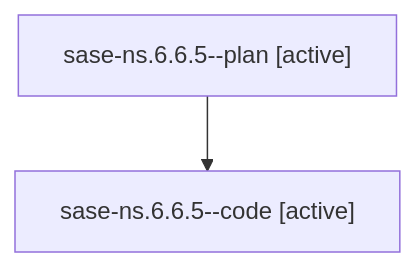
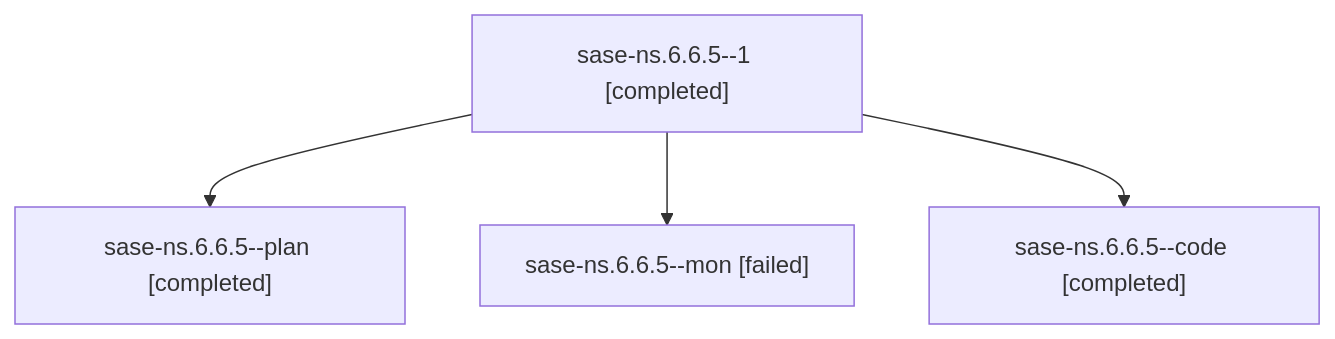
Before and after one commit to sase-org/sase--agents: the diagram in families/bbugyi200.athena.sase-ns.6.6.5.md, drawn with Mermaid. The commit also changed other lines of this file and 79 other files, not shown here.

````diff
--- a/families/bbugyi200.athena.sase-ns.6.6.5.md
+++ b/families/bbugyi200.athena.sase-ns.6.6.5.md
@@ -9,6 +9,10 @@
 ```mermaid
 flowchart TD
-  n0["sase-ns.6.6.5--plan [active]"]
-  n1["sase-ns.6.6.5--code [active]"]
+  n0["sase-ns.6.6.5--1 [completed]"]
+  n1["sase-ns.6.6.5--plan [completed]"]
   n0 --> n1
+  n2["sase-ns.6.6.5--mon [failed]"]
+  n0 --> n2
+  n3["sase-ns.6.6.5--code [completed]"]
+  n0 --> n3
 ```
````
